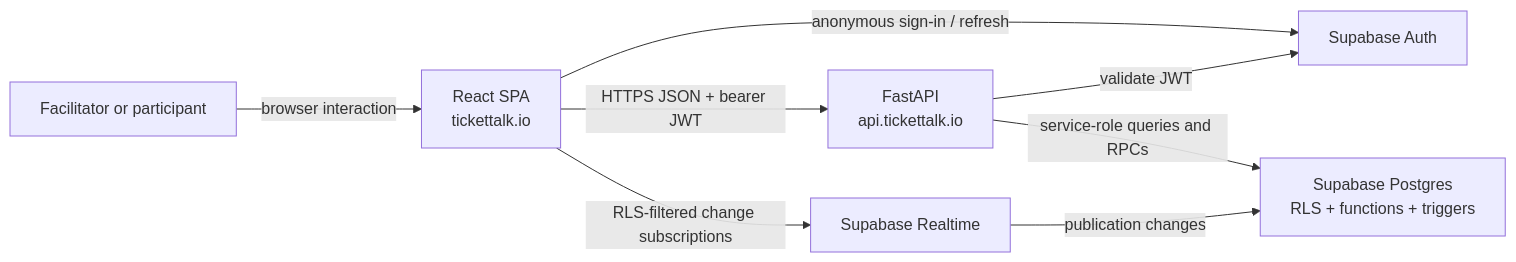
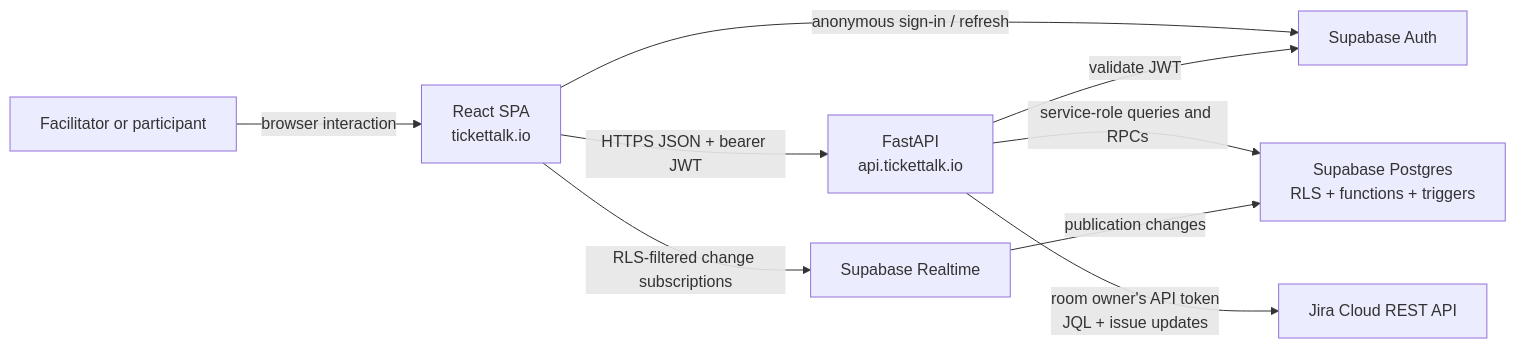
The first of 7 diagrams in ARCHITECTURE.md (tomekpilat/tickettalk.io), drawn with Mermaid before and after one commit. The commit also changed other lines of this file and 24 other files, not shown here.

Commit message:
Add room-scoped Jira JQL integration

````diff
--- a/ARCHITECTURE.md
+++ b/ARCHITECTURE.md
@@ -21,17 +21,19 @@
 ```mermaid
 flowchart LR
     User["Facilitator or participant"]
     Web["React SPA<br/>tickettalk.io"]
     API["FastAPI<br/>api.tickettalk.io"]
     Auth["Supabase Auth"]
     Realtime["Supabase Realtime"]
     DB["Supabase Postgres<br/>RLS + functions + triggers"]
+    Jira["Jira Cloud REST API"]
 
     User -->|"browser interaction"| Web
     Web -->|"anonymous sign-in / refresh"| Auth
     Web -->|"HTTPS JSON + bearer JWT"| API
     Web -->|"RLS-filtered change subscriptions"| Realtime
     API -->|"validate JWT"| Auth
     API -->|"service-role queries and RPCs"| DB
+    API -->|"room owner's API token<br/>JQL + issue updates"| Jira
     Realtime -->|"publication changes"| DB
 ```
````
